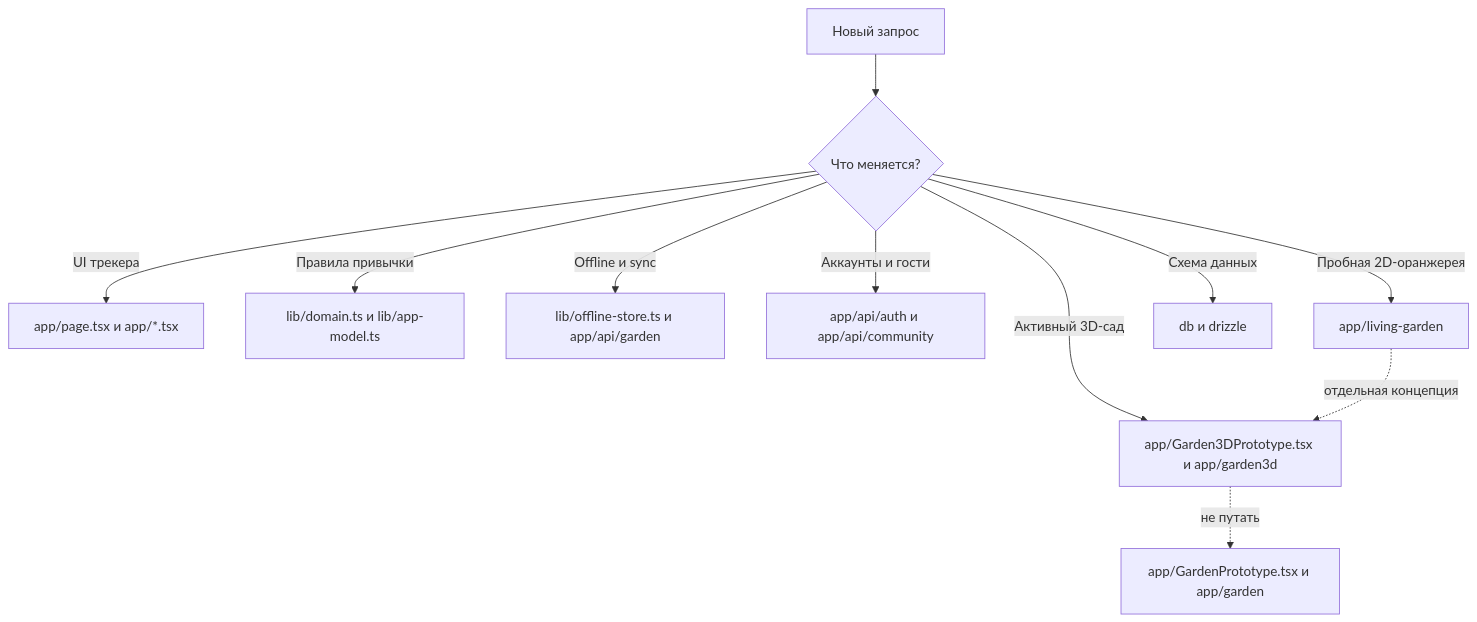
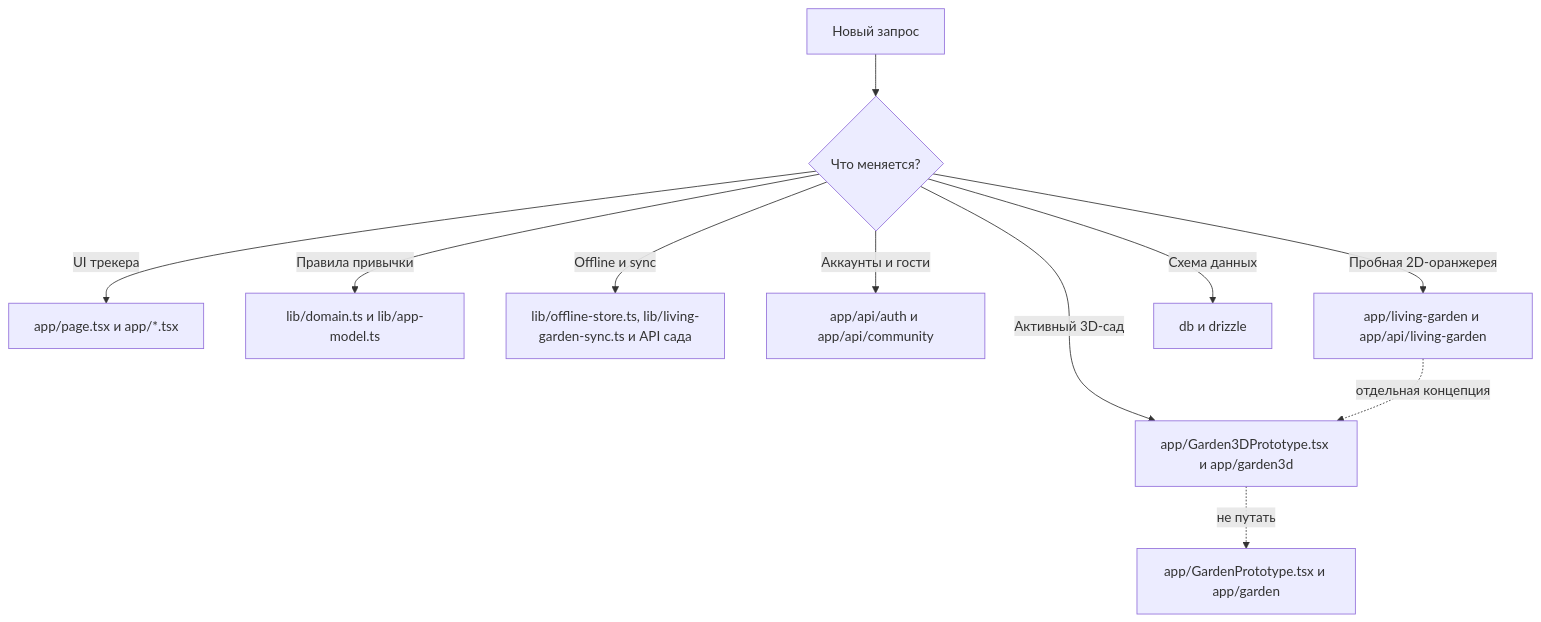
One commit to katrin27108-rgb/rost-habit-garden changed the sixth of 7 diagrams in docs/ARCHITECTURE.md. Above: the diagram before and after it, drawn with Mermaid. The commit also changed other lines of this file and 14 other files, not shown here.

Commit message:
Add account sync to living garden

````diff
--- a/docs/ARCHITECTURE.md
+++ b/docs/ARCHITECTURE.md
@@ -89,13 +92,13 @@
 ```mermaid
 flowchart TD
   Request[Новый запрос] --> Kind{Что меняется?}
   Kind -->|UI трекера| Dashboard[app/page.tsx и app/*.tsx]
   Kind -->|Правила привычки| Domain[lib/domain.ts и lib/app-model.ts]
-  Kind -->|Offline и sync| Storage[lib/offline-store.ts и app/api/garden]
+  Kind -->|Offline и sync| Storage[lib/offline-store.ts, lib/living-garden-sync.ts и API сада]
   Kind -->|Аккаунты и гости| API[app/api/auth и app/api/community]
   Kind -->|Активный 3D-сад| Active3D[app/Garden3DPrototype.tsx и app/garden3d]
-  Kind -->|Пробная 2D-оранжерея| Living2D[app/living-garden]
+  Kind -->|Пробная 2D-оранжерея| Living2D[app/living-garden и app/api/living-garden]
   Kind -->|Схема данных| Database[db и drizzle]
   Active3D -. не путать .-> Legacy[app/GardenPrototype.tsx и app/garden]
   Living2D -. отдельная концепция .-> Active3D
 ```
````
